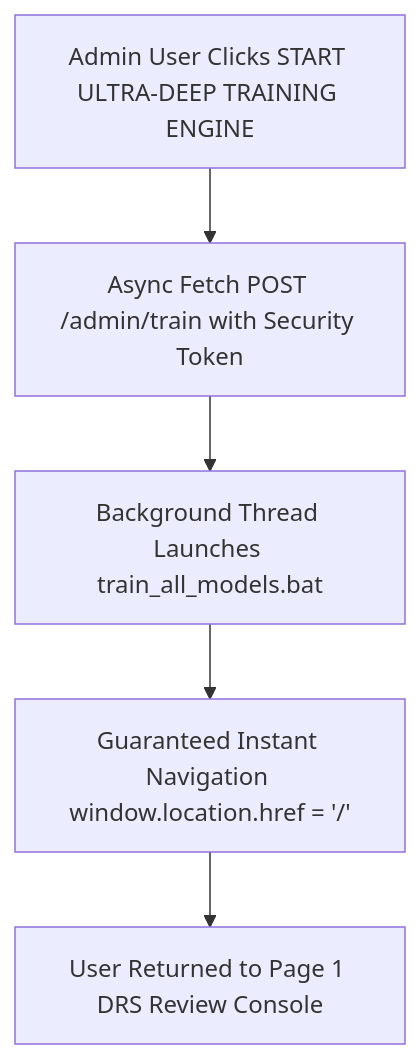
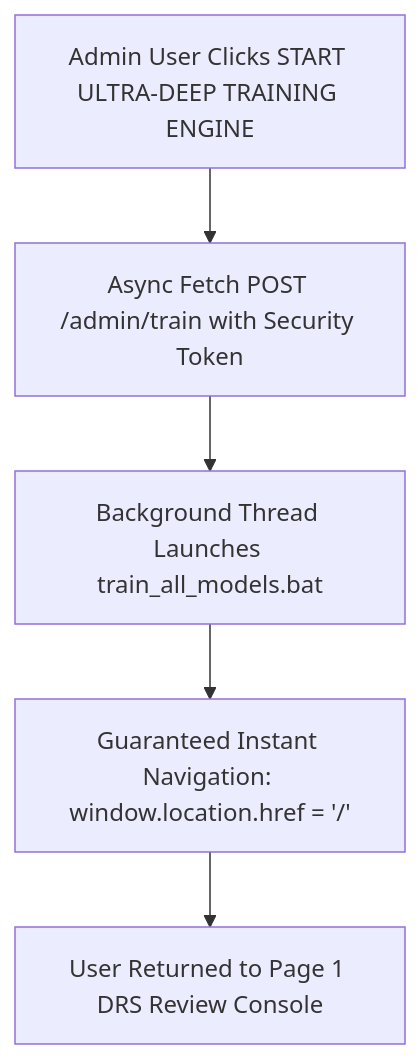
Before and after one commit to udbhav968-creator/opencv: diagram 12 of 12 in README.md, drawn with Mermaid. The commit also changed other lines of this file, not shown here.

Commit message:
fix(docs): Fix Mermaid node double quote syntax across all 12 flowcharts for 100% clean GitHub rendering with zero errors

````diff
--- a/README.md
+++ b/README.md
@@ -154,7 +176,7 @@
 ```mermaid
 flowchart TD
-    A[Admin User Clicks START ULTRA-DEEP TRAINING ENGINE] --> B[Async Fetch POST /admin/train with Security Token]
-    B --> C[Background Thread Launches train_all_models.bat]
-    C --> D[Guaranteed Instant Navigation window.location.href = '/']
-    D --> E[User Returned to Page 1 DRS Review Console]
+    A["Admin User Clicks START ULTRA-DEEP TRAINING ENGINE"] --> B["Async Fetch POST /admin/train with Security Token"]
+    B --> C["Background Thread Launches train_all_models.bat"]
+    C --> D["Guaranteed Instant Navigation: window.location.href = '/'"]
+    D --> E["User Returned to Page 1 DRS Review Console"]
 ```
````
